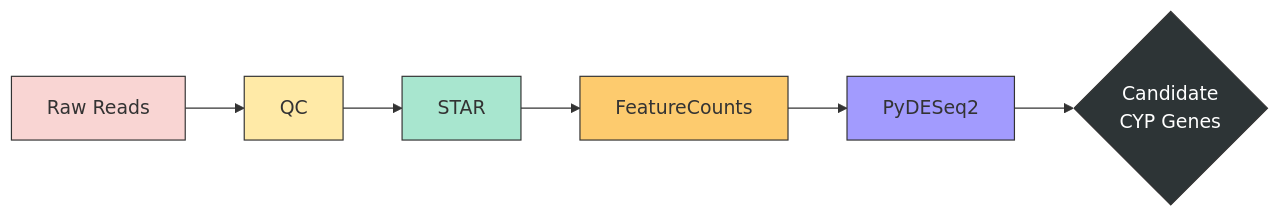
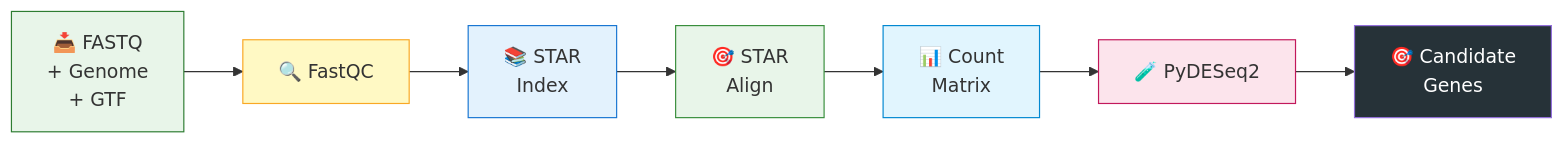
Before and after one commit to daisycortesj/rnaseq: the second of 3 diagrams in ReadME/PIPELINE_FLOWCHART.md, drawn with Mermaid. The commit also changed other lines of this file, not shown here.

````diff
--- a/ReadME/PIPELINE_FLOWCHART.md
+++ b/ReadME/PIPELINE_FLOWCHART.md
@@ -76,11 +92,12 @@
 ```mermaid
 flowchart LR
-    A[Raw Reads] --> B[QC] --> C[STAR] --> D[FeatureCounts] --> E[PyDESeq2] --> F{Candidate<br/>CYP Genes}
+    A["📥 FASTQ<br/>+ Genome<br/>+ GTF"] --> B["🔍 FastQC"] --> C["📚 STAR<br/>Index"] --> D["🎯 STAR<br/>Align"] --> E["📊 Count<br/>Matrix"] --> F["🧪 PyDESeq2"] --> G["🎯 Candidate<br/>Genes"]
 
-    style A fill:#f9d5d3,stroke:#333
-    style B fill:#ffeaa7,stroke:#333
-    style C fill:#a8e6cf,stroke:#333
-    style D fill:#fdcb6e,stroke:#333
-    style E fill:#a29bfe,stroke:#333
-    style F fill:#2d3436,color:#fff,stroke:#333
+    style A fill:#e8f5e9,stroke:#2e7d32
+    style B fill:#fff9c4,stroke:#f9a825
+    style C fill:#e3f2fd,stroke:#1976d2
+    style D fill:#e8f5e9,stroke:#388e3c
+    style E fill:#e1f5fe,stroke:#0288d1
+    style F fill:#fce4ec,stroke:#c2185b
+    style G fill:#263238,color:#fff
 ```
````
